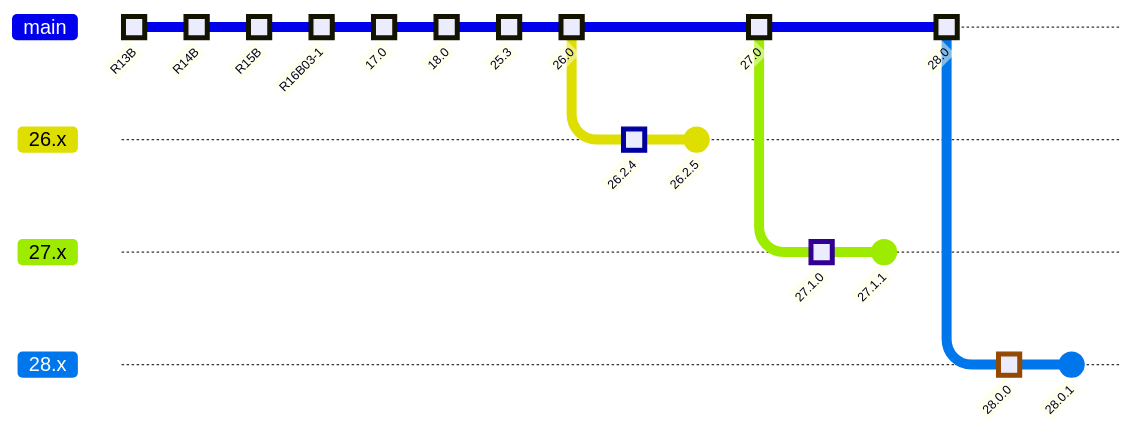
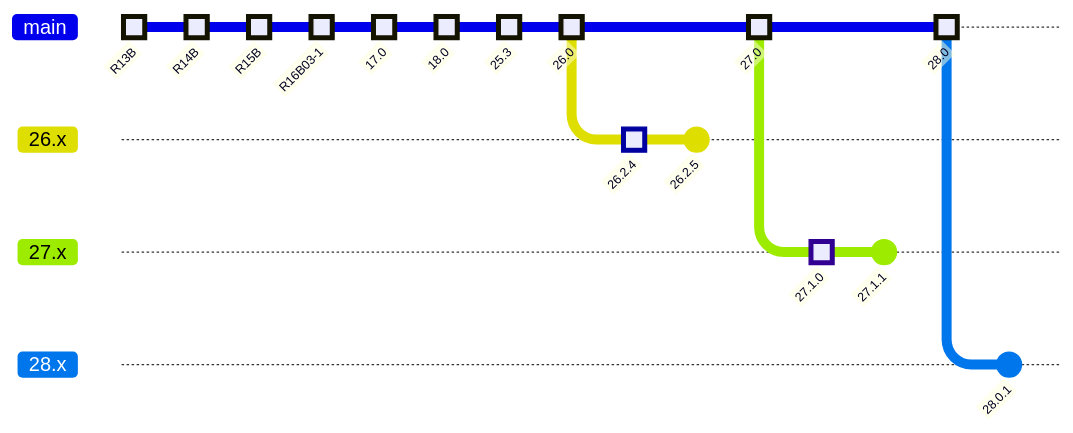
Before and after one commit to maennchen/vers-spec: the fourth of 19 diagrams in docs/background/examples.md, drawn with Mermaid. The commit also changed other lines of this file and 4 other files, not shown here.

````diff
--- a/docs/background/examples.md
+++ b/docs/background/examples.md
@@ -233,27 +245,26 @@
 ```mermaid
 gitGraph
    commit id: "R13B" type: HIGHLIGHT
    commit id: "R14B" type: HIGHLIGHT
    commit id: "R15B" type: HIGHLIGHT
    commit id: "R16B03-1" type: HIGHLIGHT
    commit id: "17.0" type: HIGHLIGHT
    commit id: "18.0" type: HIGHLIGHT
    commit id: "25.3" type: HIGHLIGHT
    commit id: "26.0" type: HIGHLIGHT
    branch "26.x"
    checkout "26.x"
    commit id: "26.2.4" type: HIGHLIGHT
    commit id: "26.2.5"
    checkout main
    commit id: "27.0" type: HIGHLIGHT
    branch "27.x"
    checkout "27.x"
    commit id: "27.1.0" type: HIGHLIGHT
    commit id: "27.1.1"
    checkout main
    commit id: "28.0" type: HIGHLIGHT
    branch "28.x"
    checkout "28.x"
-   commit id: "28.0.0" type: HIGHLIGHT
    commit id: "28.0.1"
 ```
````
